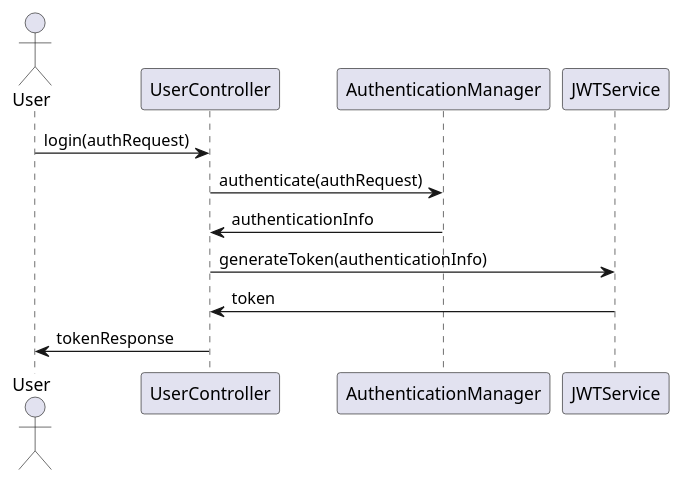
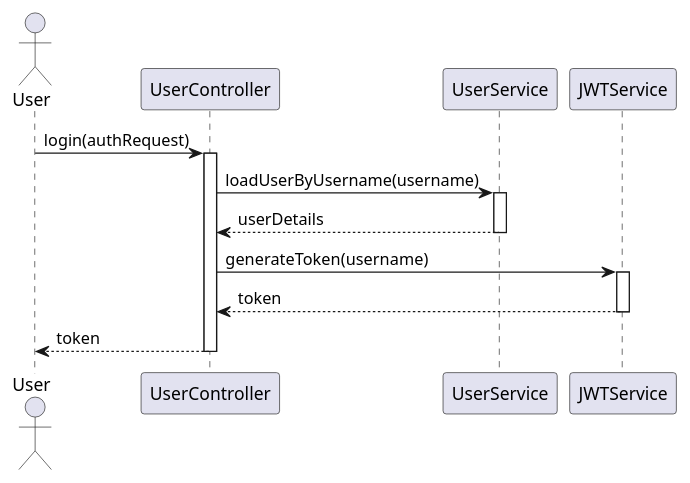
The second of 4 diagrams in identityprovider/documentation/detaileddesign.adoc (Dinesh-s95/AutoDoc.ai), drawn with PlantUML before and after one commit. The commit also changed other lines of this file and 3 other files, not shown here.

```diff
--- a/identityprovider/documentation/detaileddesign.adoc
+++ b/identityprovider/documentation/detaileddesign.adoc
@@ -191,16 +228,27 @@
 [plantuml, authentication-flow, png]
 ----
 @startuml
 actor User
 participant UserController
-participant AuthenticationManager
+participant UserService
 participant JWTService
 
 User -> UserController : login(authRequest)
-UserController -> AuthenticationManager : authenticate(authRequest)
-AuthenticationManager -> UserController : authenticationInfo
-UserController -> JWTService : generateToken(authenticationInfo)
-JWTService -> UserController : token
-UserController -> User : tokenResponse
+activate UserController
+
+UserController -> UserService : loadUserByUsername(username)
+activate UserService
+
+UserService --> UserController : userDetails
+deactivate UserService
+
+UserController -> JWTService : generateToken(username)
+activate JWTService
+
+JWTService --> UserController : token
+deactivate JWTService
+
+UserController --> User : token
+deactivate UserController
 @enduml
 ----
```
